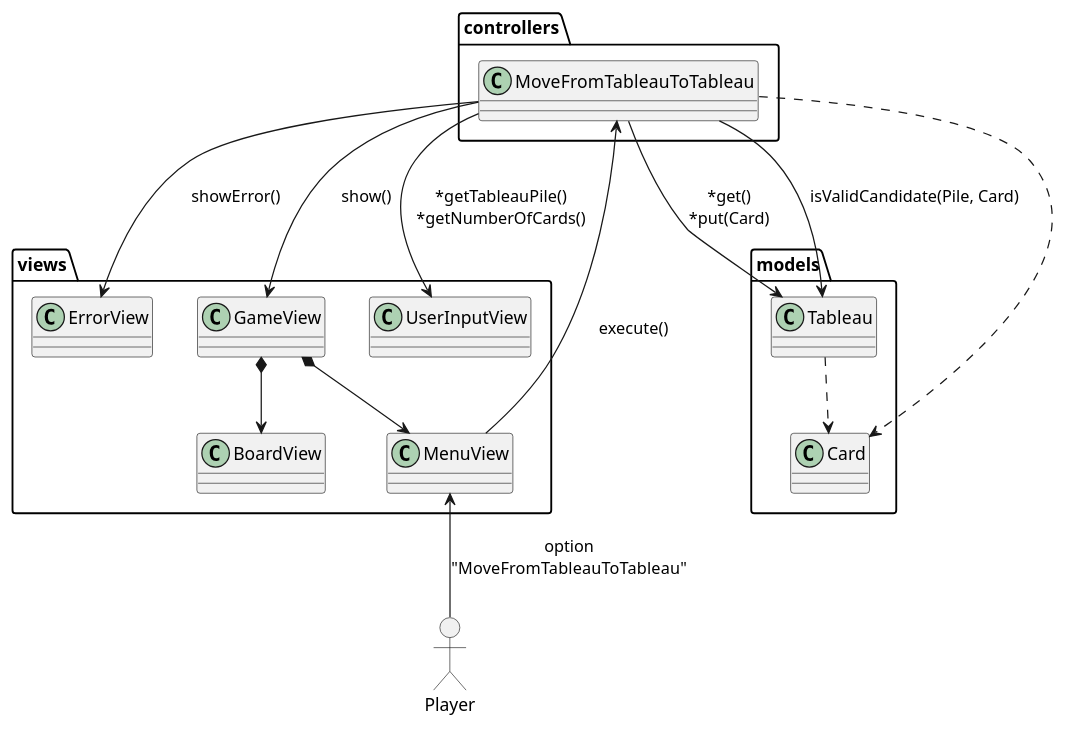
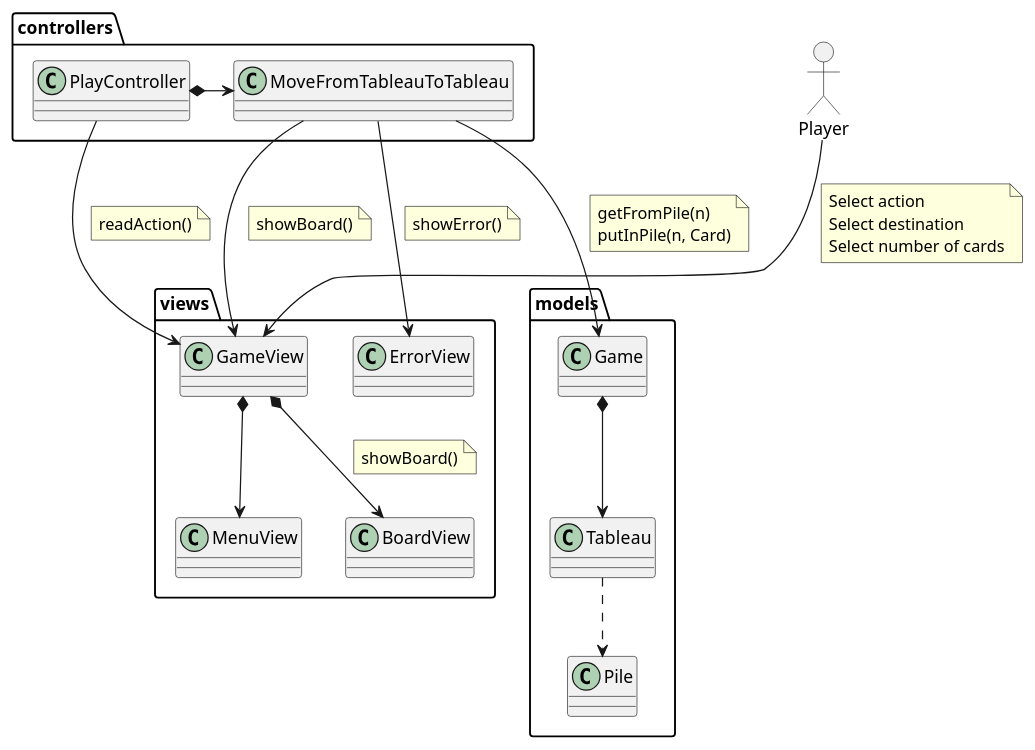
One commit to Troteaga/klondike changed the diagram in docs/logicView/analysisView/useCaseAnalysis/MoveFromTableauToTableau.plantuml. Above: the diagram before and after it, drawn with PlantUML. The commit also changed 5 other files, not shown here.

```diff
--- a/docs/logicView/analysisView/useCaseAnalysis/MoveFromTableauToTableau.plantuml
+++ b/docs/logicView/analysisView/useCaseAnalysis/MoveFromTableauToTableau.plantuml
@@ -1,36 +1,51 @@
 @startuml UCAnalysis_MoveFromTableauToTableau
 
 mix_actor Player
 
 package views {
     class MenuView
     class ErrorView
     class GameView
     class BoardView
-    class UserInputView
 
     GameView *--> BoardView
+    note on link: showBoard()
+
     GameView *--> MenuView
 }
 
 package controllers {
+    class PlayController
     class MoveFromTableauToTableau
+    PlayController *-right-> MoveFromTableauToTableau
 }
 
 package models {
-    class Card
+    class Game
+    class Pile
     class Tableau
-    Tableau ..> Card
+    Tableau ..> Pile
+    Game *-->Tableau
 }
 
-MoveFromTableauToTableau ..> Card
+PlayController --> GameView
+note on link: readAction()
 
-Player -up-> MenuView : "option\n"MoveFromTableauToTableau""
-MenuView --> MoveFromTableauToTableau : execute()
-MoveFromTableauToTableau --> Tableau : \n*get()\n*put(Card)
-MoveFromTableauToTableau --> Tableau : isValidCandidate(Pile, Card)
-MoveFromTableauToTableau --> ErrorView : showError()
-MoveFromTableauToTableau --> GameView : show()
-MoveFromTableauToTableau --> UserInputView : \n*getTableauPile()\n*getNumberOfCards()
+
+Player -down-> GameView
+note on link: Select action\
+\nSelect destination\
+\nSelect number of cards
+
+MoveFromTableauToTableau --> Game
+note on link : getFromPile(n)\nputInPile(n, Card)
+
+MoveFromTableauToTableau --> ErrorView
+note on link: showError()
+
+MoveFromTableauToTableau --> GameView 
+note on link: showBoard()
+
+ErrorView -left[hidden]-> GameView
 
 @enduml
```
